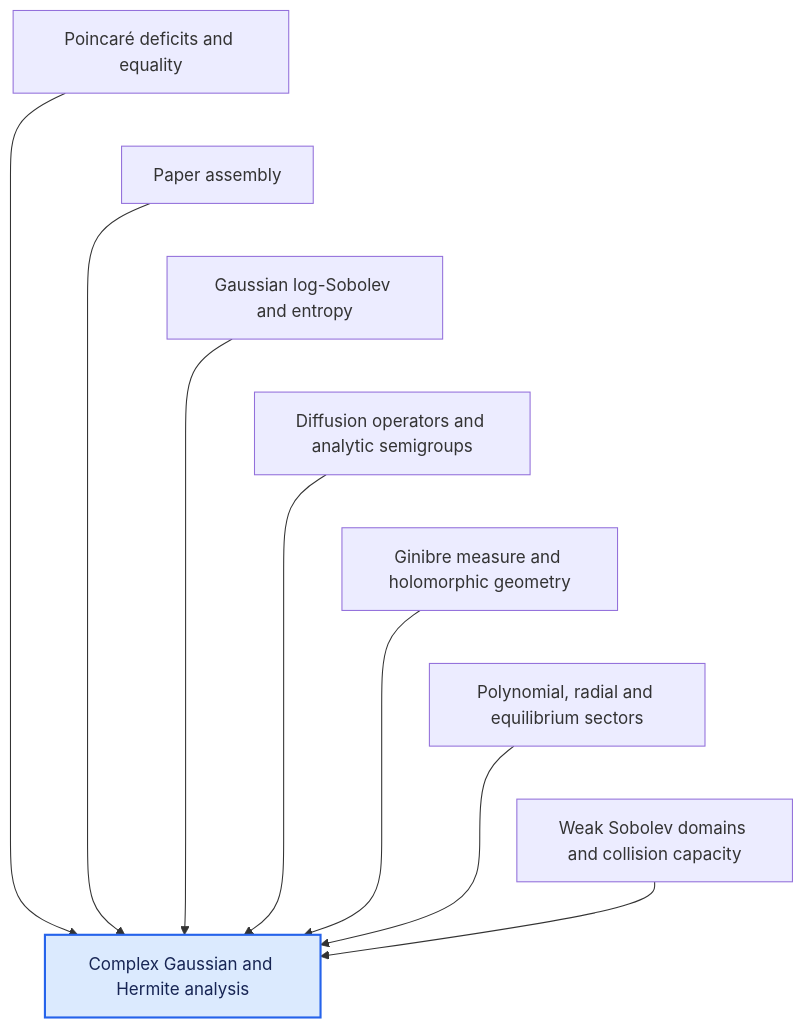
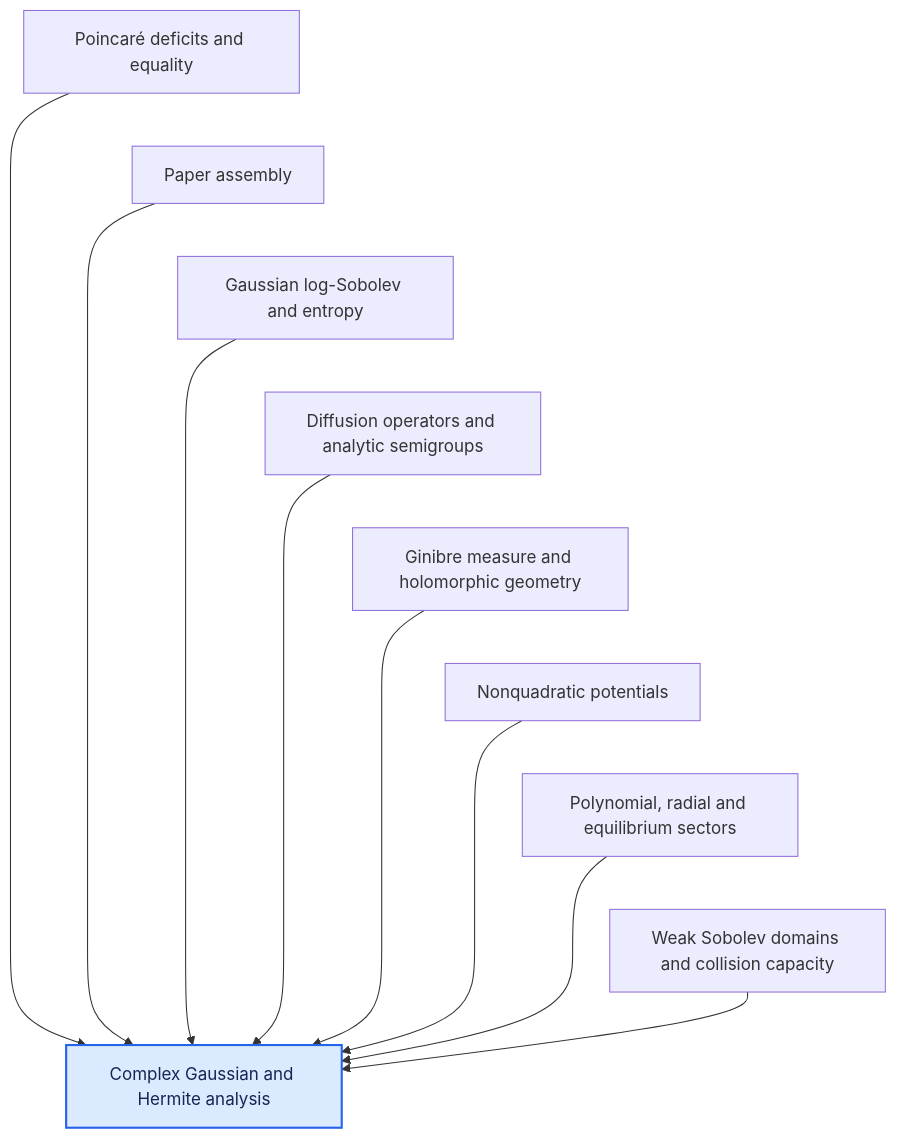
The first of 12 diagrams in DEPENDENCIES.md (djalilchafai/ginibre-poincare), drawn with Mermaid before and after one commit. The commit also changed other lines of this file and 418 other files, not shown here.

````diff
--- a/DEPENDENCIES.md
+++ b/DEPENDENCIES.md
@@ -20,18 +20,20 @@
 ```mermaid
 flowchart TB
   DeficitsEquality["Poincaré deficits and equality"] --> ComplexGaussianHermite["Complex Gaussian and Hermite analysis"]
   Endgame["Paper assembly"] --> ComplexGaussianHermite["Complex Gaussian and Hermite analysis"]
   GaussianLSI["Gaussian log-Sobolev and entropy"] --> ComplexGaussianHermite["Complex Gaussian and Hermite analysis"]
   GeneratorSemigroup["Diffusion operators and analytic semigroups"] --> ComplexGaussianHermite["Complex Gaussian and Hermite analysis"]
   GinibreMeasureGeometry["Ginibre measure and holomorphic geometry"] --> ComplexGaussianHermite["Complex Gaussian and Hermite analysis"]
+  NonQuadratic["Nonquadratic potentials"] --> ComplexGaussianHermite["Complex Gaussian and Hermite analysis"]
   PolynomialRadial["Polynomial, radial and equilibrium sectors"] --> ComplexGaussianHermite["Complex Gaussian and Hermite analysis"]
   WeakSobolev["Weak Sobolev domains and collision capacity"] --> ComplexGaussianHermite["Complex Gaussian and Hermite analysis"]
   DeficitsEquality ~~~ Endgame
   Endgame ~~~ GaussianLSI
   GaussianLSI ~~~ GeneratorSemigroup
   GeneratorSemigroup ~~~ GinibreMeasureGeometry
-  GinibreMeasureGeometry ~~~ PolynomialRadial
+  GinibreMeasureGeometry ~~~ NonQuadratic
+  NonQuadratic ~~~ PolynomialRadial
   PolynomialRadial ~~~ WeakSobolev
   classDef target fill:#dbeafe,stroke:#2563eb,stroke-width:2px,color:#172554;
   class ComplexGaussianHermite target;
 ```
````
